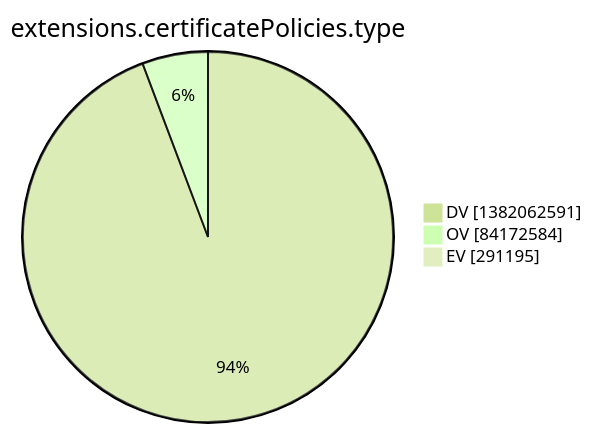
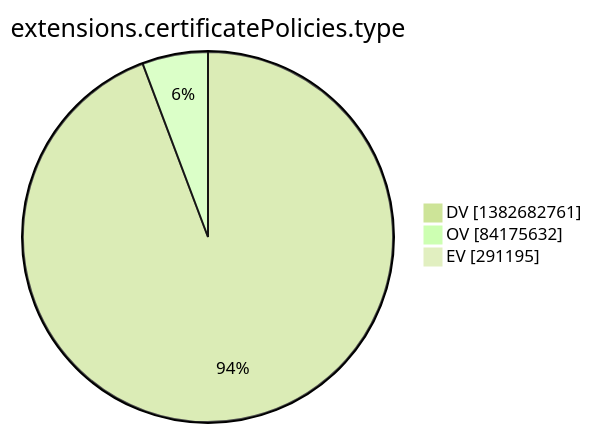
The tenth of 15 diagrams in argon2022/README.md (christiankrug/ctmonitor_visualization), drawn with Mermaid (forest theme) before and after one commit. The commit also changed other lines of this file, not shown here.

````diff
--- a/argon2022/README.md
+++ b/argon2022/README.md
@@ -2773,7 +2773,7 @@
 ```mermaid
 pie showData
 title extensions.certificatePolicies.type
-"DV" :1382062591
-"OV" :84172584
+"DV" :1382682761
+"OV" :84175632
 "EV" :291195
 ```
````
